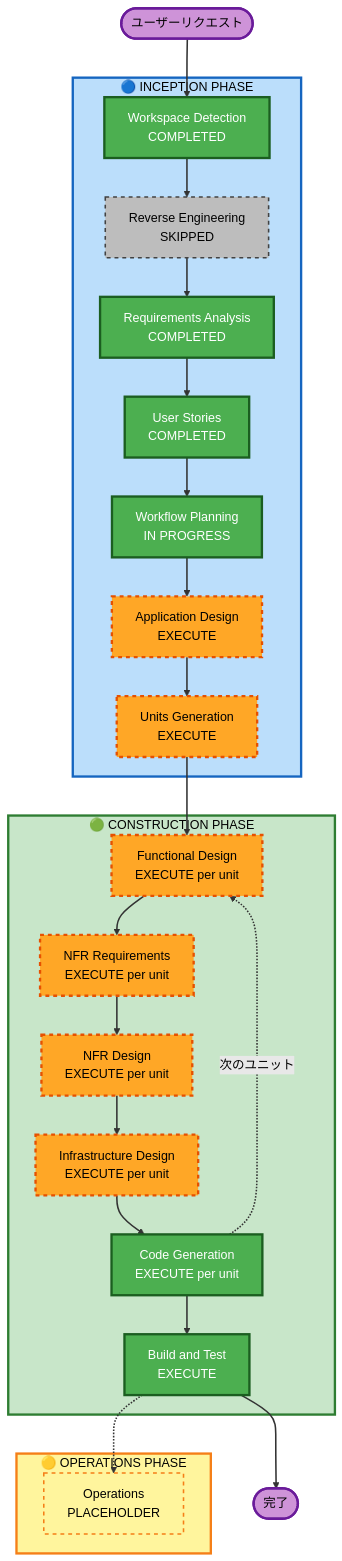
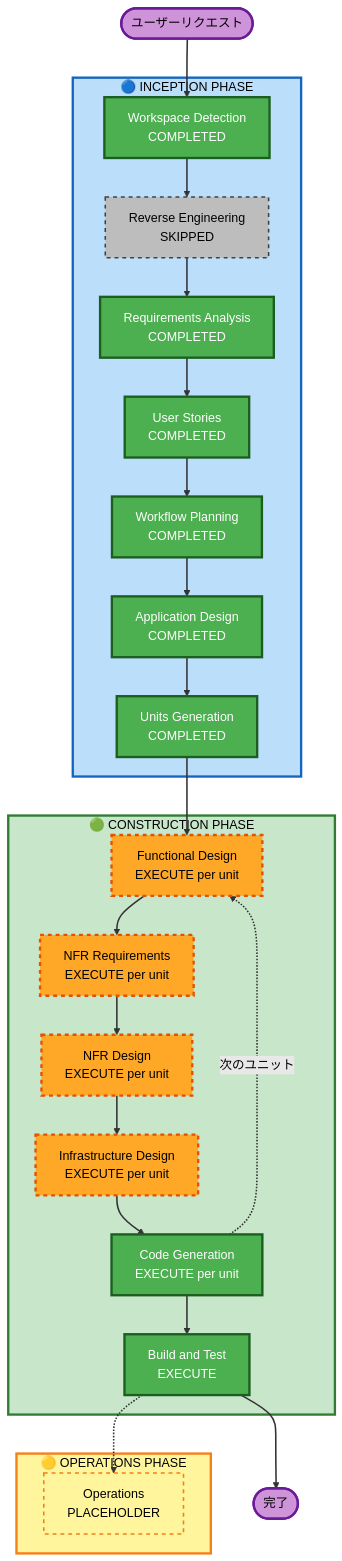
Before and after one commit to Mogibo-AI/carhogo: the diagram in aidlc-docs/inception/plans/execution-plan.md, drawn with Mermaid (forest theme). The commit also changed other lines of this file and 1 other file, not shown here.

Commit message:
- 「予定ユニット」→「確定ユニット」に改名、5ユニット→4ユニット体系に修正（ディレクトリ列追加、Unit 3をbackend統合、Unit 4をブラウザに繰り上げ）   - Units Generation 根拠記述を4ユニット決定の説明に更新   - Workflow Planning・Application Design・Units Generation を COMPLETED に更新   - Mermaid 図のノード名・スタイル（橙→緑）を更新   - テキスト形式の代替表示を更新

````diff
--- a/aidlc-docs/inception/plans/execution-plan.md
+++ b/aidlc-docs/inception/plans/execution-plan.md
@@ -33,65 +33,65 @@
 ```mermaid
 flowchart TD
     Start(["ユーザーリクエスト"])
 
     subgraph INCEPTION["🔵 INCEPTION PHASE"]
         WD["Workspace Detection\nCOMPLETED"]
         RE["Reverse Engineering\nSKIPPED"]
         RA["Requirements Analysis\nCOMPLETED"]
         US["User Stories\nCOMPLETED"]
-        WP["Workflow Planning\nIN PROGRESS"]
-        AD["Application Design\nEXECUTE"]
-        UG["Units Generation\nEXECUTE"]
+        WP["Workflow Planning\nCOMPLETED"]
+        AD["Application Design\nCOMPLETED"]
+        UG["Units Generation\nCOMPLETED"]
     end
 
     subgraph CONSTRUCTION["🟢 CONSTRUCTION PHASE"]
         FD["Functional Design\nEXECUTE per unit"]
         NFRA["NFR Requirements\nEXECUTE per unit"]
         NFRD["NFR Design\nEXECUTE per unit"]
         ID["Infrastructure Design\nEXECUTE per unit"]
         CG["Code Generation\nEXECUTE per unit"]
         BT["Build and Test\nEXECUTE"]
     end
 
     subgraph OPERATIONS["🟡 OPERATIONS PHASE"]
         OPS["Operations\nPLACEHOLDER"]
     end
 
     Start --> WD
     WD --> RE
     RE --> RA
     RA --> US
     US --> WP
     WP --> AD
     AD --> UG
     UG --> FD
     FD --> NFRA
     NFRA --> NFRD
     NFRD --> ID
     ID --> CG
     CG -.->|次のユニット| FD
     CG --> BT
     BT -.-> OPS
     BT --> End(["完了"])
 
     style WD fill:#4CAF50,stroke:#1B5E20,stroke-width:3px,color:#fff
     style RE fill:#BDBDBD,stroke:#424242,stroke-width:2px,stroke-dasharray:5 5,color:#000
     style RA fill:#4CAF50,stroke:#1B5E20,stroke-width:3px,color:#fff
     style US fill:#4CAF50,stroke:#1B5E20,stroke-width:3px,color:#fff
     style WP fill:#4CAF50,stroke:#1B5E20,stroke-width:3px,color:#fff
-    style AD fill:#FFA726,stroke:#E65100,stroke-width:3px,stroke-dasharray:5 5,color:#000
-    style UG fill:#FFA726,stroke:#E65100,stroke-width:3px,stroke-dasharray:5 5,color:#000
+    style AD fill:#4CAF50,stroke:#1B5E20,stroke-width:3px,color:#fff
+    style UG fill:#4CAF50,stroke:#1B5E20,stroke-width:3px,color:#fff
     style FD fill:#FFA726,stroke:#E65100,stroke-width:3px,stroke-dasharray:5 5,color:#000
     style NFRA fill:#FFA726,stroke:#E65100,stroke-width:3px,stroke-dasharray:5 5,color:#000
     style NFRD fill:#FFA726,stroke:#E65100,stroke-width:3px,stroke-dasharray:5 5,color:#000
     style ID fill:#FFA726,stroke:#E65100,stroke-width:3px,stroke-dasharray:5 5,color:#000
     style CG fill:#4CAF50,stroke:#1B5E20,stroke-width:3px,color:#fff
     style BT fill:#4CAF50,stroke:#1B5E20,stroke-width:3px,color:#fff
     style OPS fill:#FFF59D,stroke:#F57F17,stroke-width:2px,stroke-dasharray:5 5,color:#000
     style INCEPTION fill:#BBDEFB,stroke:#1565C0,stroke-width:3px,color:#000
     style CONSTRUCTION fill:#C8E6C9,stroke:#2E7D32,stroke-width:3px,color:#000
     style OPERATIONS fill:#FFF59D,stroke:#F57F17,stroke-width:3px,color:#000
     style Start fill:#CE93D8,stroke:#6A1B9A,stroke-width:3px,color:#000
     style End fill:#CE93D8,stroke:#6A1B9A,stroke-width:3px,color:#000
     linkStyle default stroke:#333,stroke-width:2px
 ```
````
